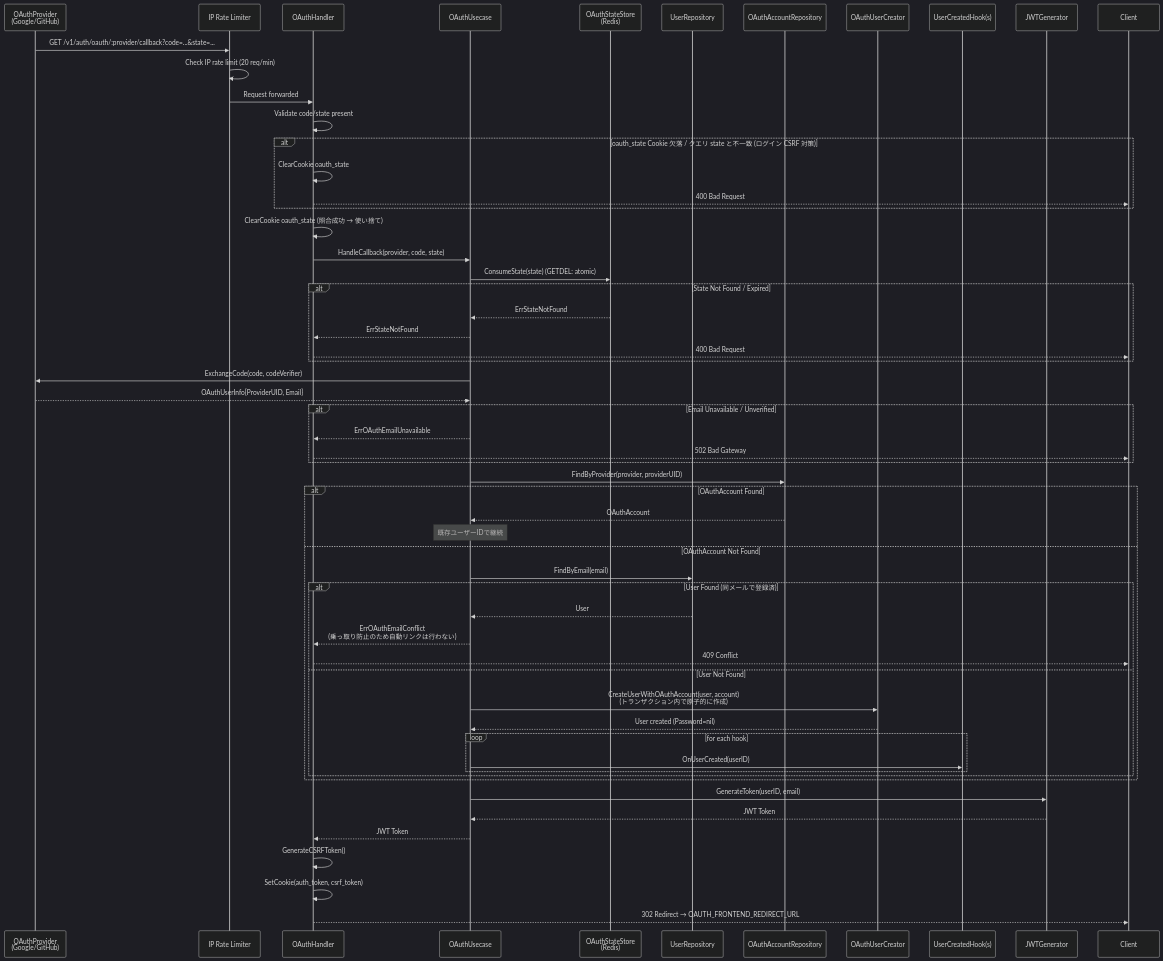
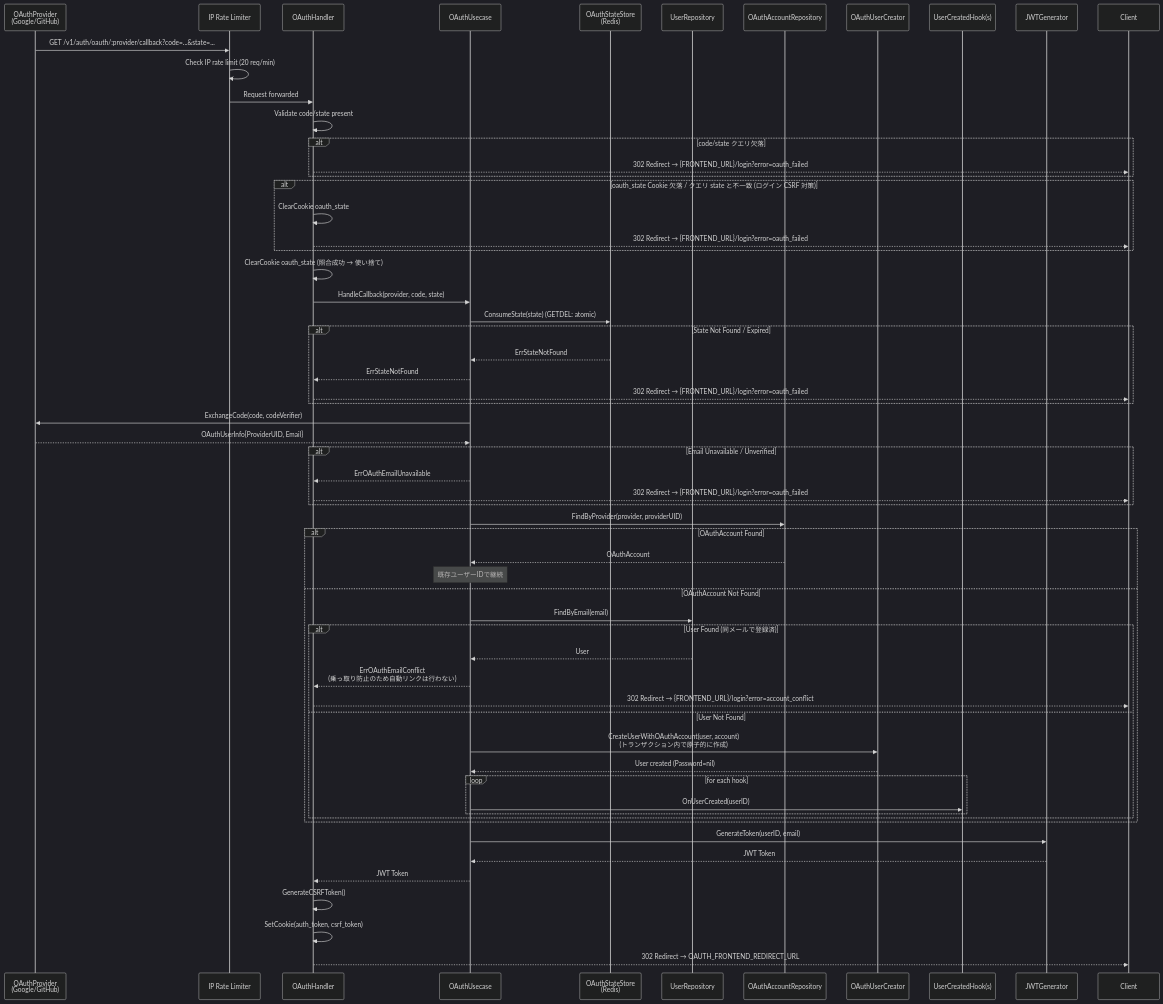
The fifth of 6 diagrams in docs/features/auth.md (UCHIDAnobuhiro/stock-backend), drawn with Mermaid (dark theme) before and after one commit. The commit also changed other lines of this file and 3 other files, not shown here.

````diff
--- a/docs/features/auth.md
+++ b/docs/features/auth.md
@@ -179,68 +179,72 @@
 ```mermaid
 sequenceDiagram
     participant Provider as OAuthProvider<br/>(Google/GitHub)
     participant RateLimit as IP Rate Limiter
     participant Handler as OAuthHandler
     participant Usecase as OAuthUsecase
     participant StateStore as OAuthStateStore<br/>(Redis)
     participant UserRepo as UserRepository
     participant OAuthRepo as OAuthAccountRepository
     participant Creator as OAuthUserCreator
     participant Hooks as UserCreatedHook(s)
     participant JWT as JWTGenerator
 
     Provider->>RateLimit: GET /v1/auth/oauth/:provider/callback?code=...&state=...
     RateLimit->>RateLimit: Check IP rate limit (20 req/min)
     RateLimit->>Handler: Request forwarded
     Handler->>Handler: Validate code/state present
 
+    alt code/state クエリ欠落
+        Handler-->>Client: 302 Redirect → {FRONTEND_URL}/login?error=oauth_failed
+    end
+
     alt oauth_state Cookie 欠落 / クエリ state と不一致 (ログイン CSRF 対策)
         Handler->>Handler: ClearCookie oauth_state
-        Handler-->>Client: 400 Bad Request
+        Handler-->>Client: 302 Redirect → {FRONTEND_URL}/login?error=oauth_failed
     end
 
     Handler->>Handler: ClearCookie oauth_state (照合成功 → 使い捨て)
     Handler->>Usecase: HandleCallback(provider, code, state)
     Usecase->>StateStore: ConsumeState(state) (GETDEL: atomic)
 
     alt State Not Found / Expired
         StateStore-->>Usecase: ErrStateNotFound
         Usecase-->>Handler: ErrStateNotFound
-        Handler-->>Client: 400 Bad Request
+        Handler-->>Client: 302 Redirect → {FRONTEND_URL}/login?error=oauth_failed
     end
 
     Usecase->>Provider: ExchangeCode(code, codeVerifier)
     Provider-->>Usecase: OAuthUserInfo{ProviderUID, Email}
 
     alt Email Unavailable / Unverified
         Usecase-->>Handler: ErrOAuthEmailUnavailable
-        Handler-->>Client: 502 Bad Gateway
+        Handler-->>Client: 302 Redirect → {FRONTEND_URL}/login?error=oauth_failed
     end
 
     Usecase->>OAuthRepo: FindByProvider(provider, providerUID)
 
     alt OAuthAccount Found
         OAuthRepo-->>Usecase: OAuthAccount
         Note over Usecase: 既存ユーザーIDで継続
     else OAuthAccount Not Found
         Usecase->>UserRepo: FindByEmail(email)
         alt User Found (同メールで登録済)
             UserRepo-->>Usecase: User
             Usecase-->>Handler: ErrOAuthEmailConflict<br/>(乗っ取り防止のため自動リンクは行わない)
-            Handler-->>Client: 409 Conflict
+            Handler-->>Client: 302 Redirect → {FRONTEND_URL}/login?error=account_conflict
         else User Not Found
             Usecase->>Creator: CreateUserWithOAuthAccount(user, account)<br/>(トランザクション内で原子的に作成)
             Creator-->>Usecase: User created (Password=nil)
             loop for each hook
                 Usecase->>Hooks: OnUserCreated(userID)
             end
         end
     end
 
     Usecase->>JWT: GenerateToken(userID, email)
     JWT-->>Usecase: JWT Token
     Usecase-->>Handler: JWT Token
     Handler->>Handler: GenerateCSRFToken()
     Handler->>Handler: SetCookie(auth_token, csrf_token)
     Handler-->>Client: 302 Redirect → OAUTH_FRONTEND_REDIRECT_URL
 ```
````
